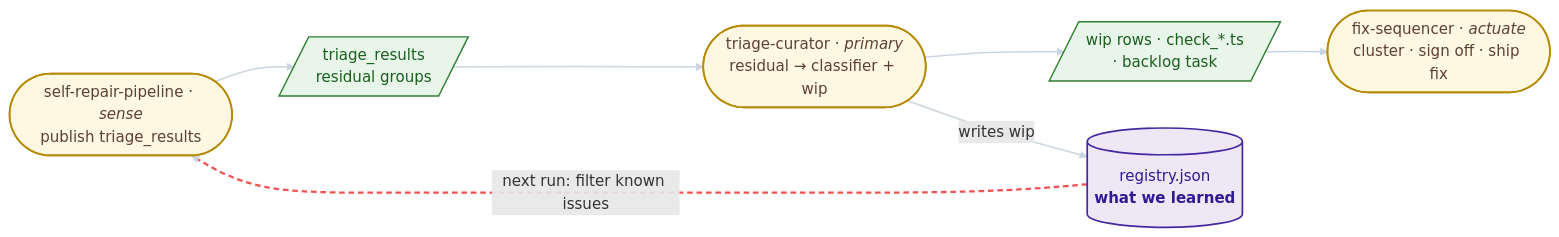
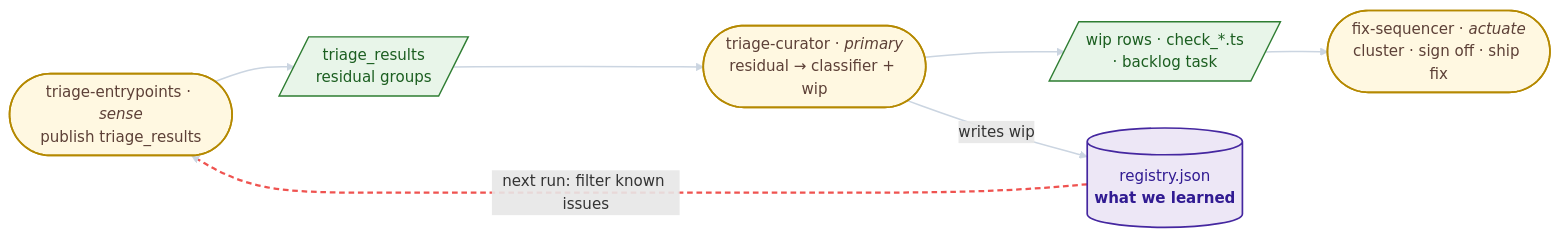
The first of 3 diagrams in .claude/skills/triage-curator/README.md (CRJFisher/ariadne), drawn with Mermaid before and after one commit. The commit also changed other lines of this file and 303 other files, not shown here.

````diff
--- a/.claude/skills/triage-curator/README.md
+++ b/.claude/skills/triage-curator/README.md
@@ -25,21 +25,21 @@
 ```mermaid
 flowchart LR
   classDef step      fill:#fff8e1,stroke:#b58900,stroke-width:1.8px,color:#5d4037
   classDef artifact  fill:#e8f5e9,stroke:#2e7d32,stroke-width:1.5px,color:#1b5e20
   classDef store     fill:#ede7f6,stroke:#4527a0,stroke-width:1.8px,color:#311b92
 
-  SRP(["self-repair-pipeline · <i>sense</i><br/>publish triage_results"]):::step
+  SRP(["triage-entrypoints · <i>sense</i><br/>publish triage_results"]):::step
   TR_IN[/"triage_results<br/>residual groups"/]:::artifact
   CUR(["triage-curator · <i>primary</i><br/>residual → classifier + wip"]):::step
   HANDOFF[/"wip rows · check_*.ts<br/>· backlog task"/]:::artifact
   FS(["fix-sequencer · <i>actuate</i><br/>cluster · sign off · ship fix"]):::step
 
   REG[("registry.json<br/><b>what we learned</b>")]:::store
 
   SRP --> TR_IN --> CUR --> HANDOFF --> FS
   CUR -- "writes wip" --> REG
   REG -. "next run: filter known issues" .-> SRP
 
   linkStyle default stroke:#cbd5e1,stroke-width:1.6px
   linkStyle 5 stroke:#ef5350,stroke-width:2.4px,stroke-dasharray:6 4
 ```
````
